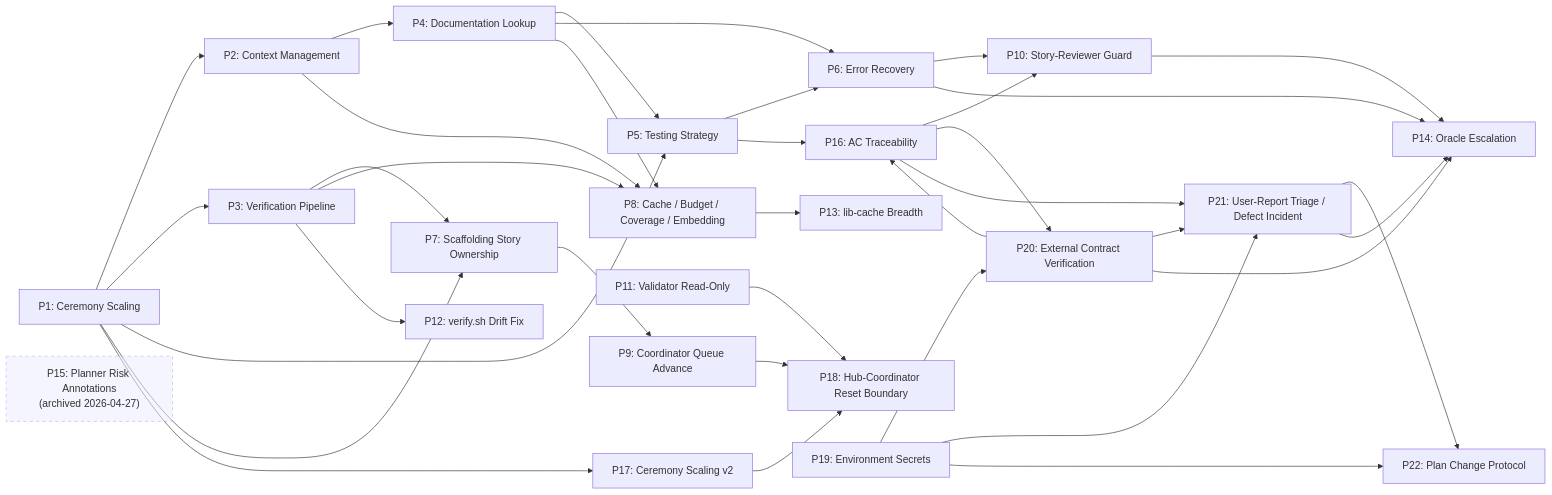
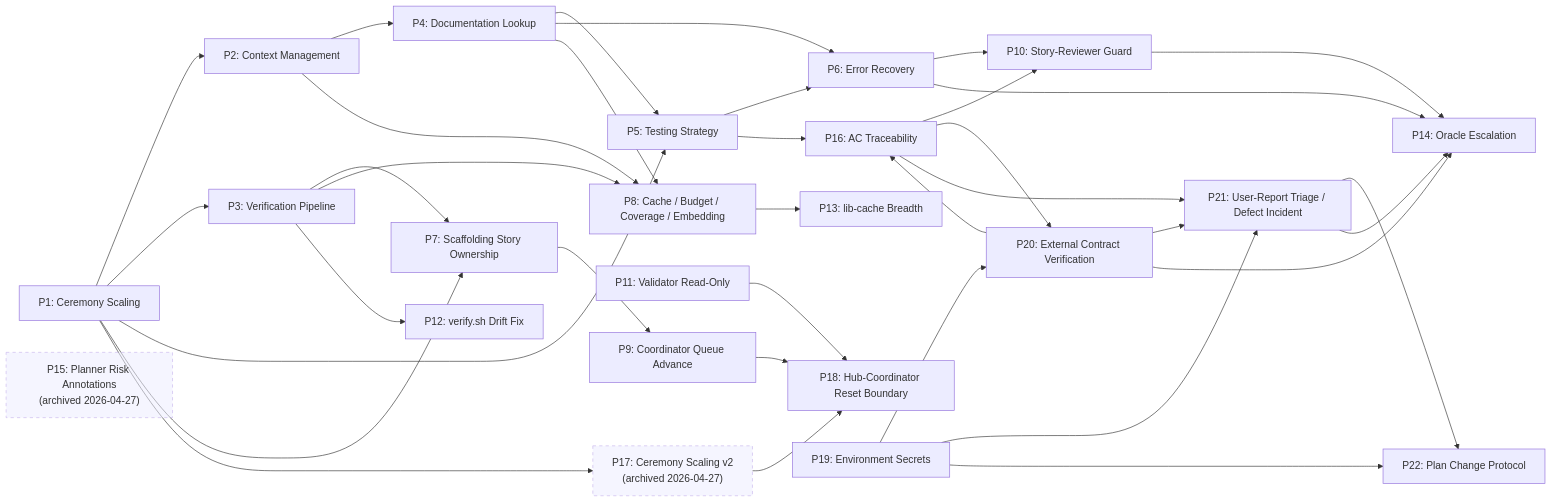
The diagram in opencode/improvement-proposals/INDEX.md (gleeb/ai-registry), drawn with Mermaid before and after one commit. The commit also changed other lines of this file and 1 other file, not shown here.

````diff
--- a/opencode/improvement-proposals/INDEX.md
+++ b/opencode/improvement-proposals/INDEX.md
@@ -76,65 +76,66 @@
 ```mermaid
 flowchart LR
     P1["P1: Ceremony Scaling"]
     P2["P2: Context Management"]
     P3["P3: Verification Pipeline"]
     P4["P4: Documentation Lookup"]
     P5["P5: Testing Strategy"]
     P6["P6: Error Recovery"]
     P7["P7: Scaffolding Story Ownership"]
     P8["P8: Cache / Budget / Coverage / Embedding"]
     P9["P9: Coordinator Queue Advance"]
     P10["P10: Story-Reviewer Guard"]
     P11["P11: Validator Read-Only"]
     P12["P12: verify.sh Drift Fix"]
     P13["P13: lib-cache Breadth"]
     P14["P14: Oracle Escalation"]
     P15["P15: Planner Risk Annotations<br/>(archived 2026-04-27)"]
     P16["P16: AC Traceability"]
-    P17["P17: Ceremony Scaling v2"]
+    P17["P17: Ceremony Scaling v2<br/>(archived 2026-04-27)"]
     P18["P18: Hub-Coordinator Reset Boundary"]
     P19["P19: Environment Secrets"]
     P20["P20: External Contract Verification"]
     P21["P21: User-Report Triage / Defect Incident"]
     P22["P22: Plan Change Protocol"]
 
     P1 --> P2
     P1 --> P3
     P1 --> P5
     P1 --> P7
     P2 --> P4
     P4 --> P5
     P5 --> P6
     P4 --> P6
     P3 --> P7
     P2 --> P8
     P3 --> P8
     P4 --> P8
 
     P3 --> P12
     P7 --> P9
     P6 --> P10
     P5 --> P16
     P16 --> P10
     P8 --> P13
     P6 --> P14
     P10 --> P14
     P1 --> P17
 
     P11 --> P18
     P17 --> P18
     P9 --> P18
 
     style P15 stroke-dasharray: 5 5,opacity:0.5
+    style P17 stroke-dasharray: 5 5,opacity:0.5
 
     P19 --> P20
     P19 --> P21
     P19 --> P22
     P16 --> P20
     P20 --> P16
     P20 --> P21
     P16 --> P21
     P21 --> P22
     P21 --> P14
     P20 --> P14
 ```
````
